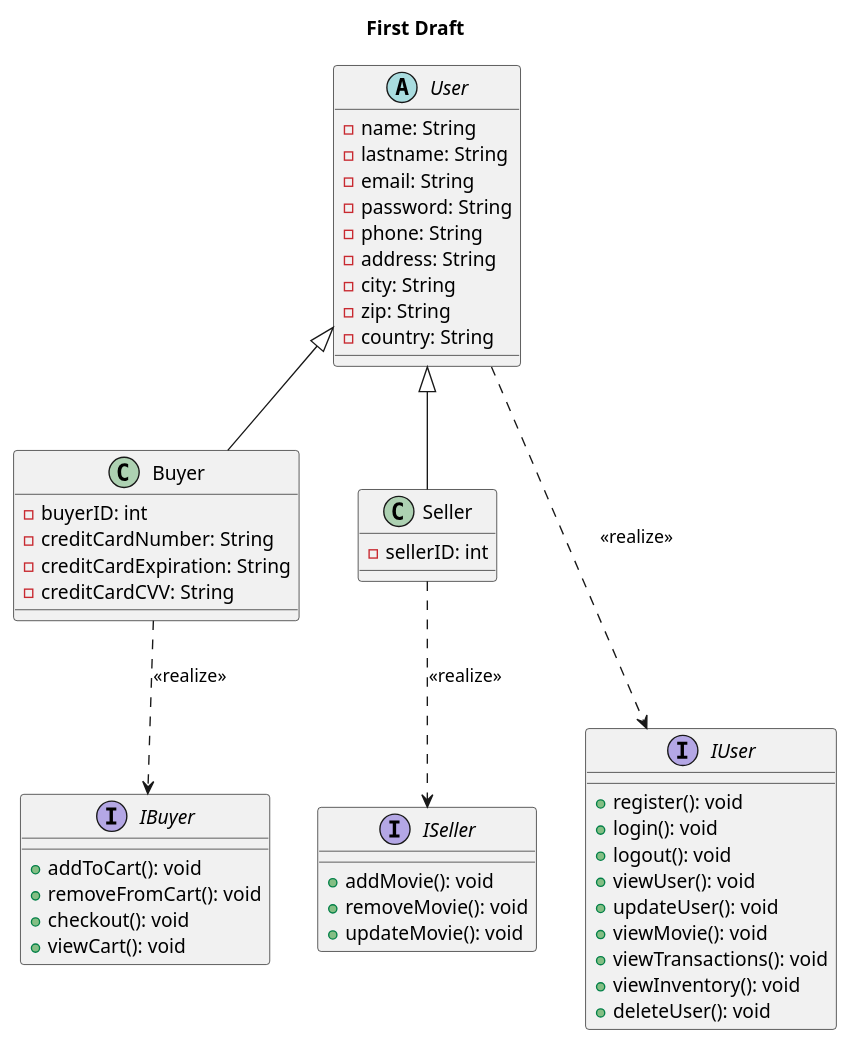
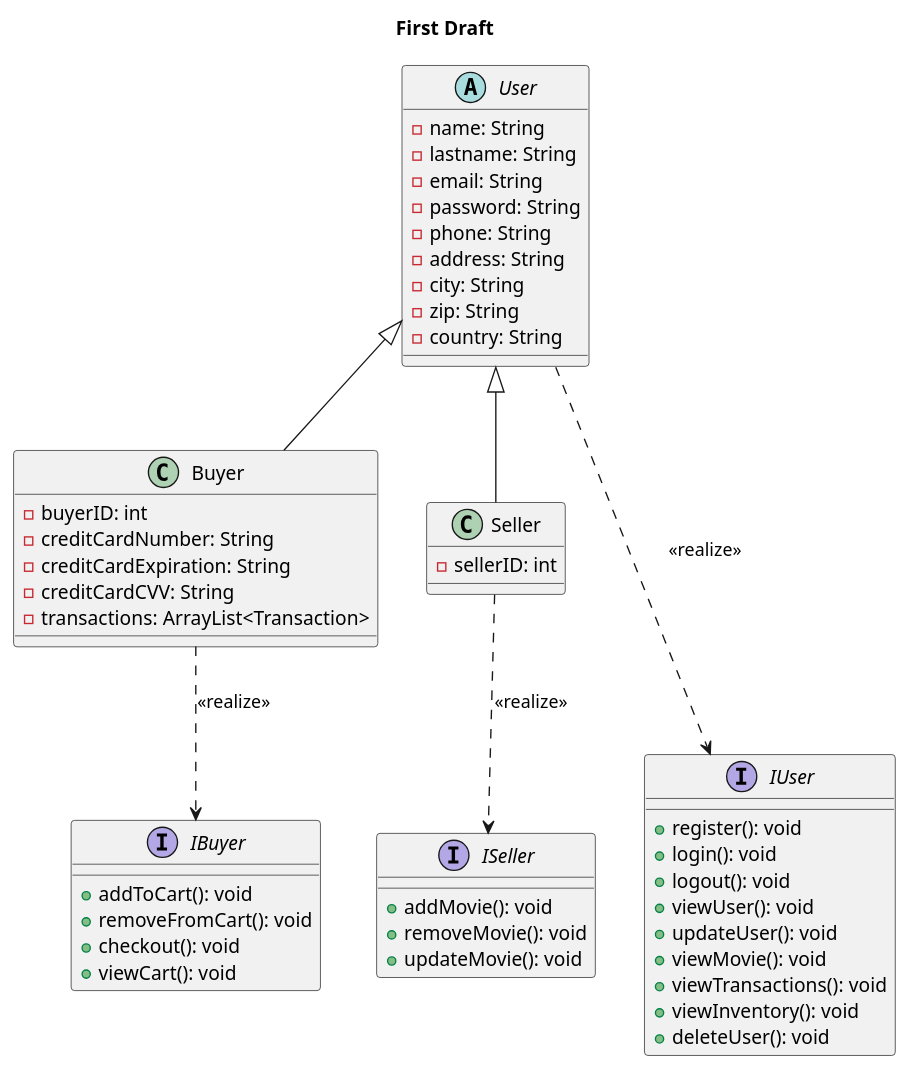
One commit to DrNeonsy/Java_Console-VOD-System changed the diagram in src/main/java/Graphs/Scripts/First Draft.puml. Above: the diagram before and after it, drawn with PlantUML. The commit also changed 3 other files, not shown here.

Commit message:
Application Diagram + Updated First Draft

```diff
--- a/src/main/java/Graphs/Scripts/First Draft.puml
+++ b/src/main/java/Graphs/Scripts/First Draft.puml
@@ -1,60 +1,61 @@
 @startuml
 
 title First Draft
 
 abstract class User {
     -name: String
     -lastname: String
     -email: String
     -password: String
     -phone: String
     -address: String
     -city: String
     -zip: String
     -country: String
 }
 
 class Buyer {
     -buyerID: int
     -creditCardNumber: String
     -creditCardExpiration: String
     -creditCardCVV: String
+    -transactions: ArrayList<Transaction>
 }
 
 class Seller {
     -sellerID: int
 }
 
 interface IUser {
     +register(): void
     +login(): void
     +logout(): void
     +viewUser(): void
     +updateUser(): void
     +viewMovie(): void
     +viewTransactions(): void
     +viewInventory(): void
     +deleteUser(): void
 }
 
 interface IBuyer {
     +addToCart(): void
     +removeFromCart(): void
     +checkout(): void
     +viewCart(): void
 }
 
 interface ISeller {
     +addMovie(): void
     +removeMovie(): void
     +updateMovie(): void
 }
 
 User <|-- Buyer
 User <|-- Seller
 
 User ...> IUser : <<realize>>
 Buyer ..> IBuyer : <<realize>>
 Seller ..> ISeller : <<realize>>
 
 @enduml
```
